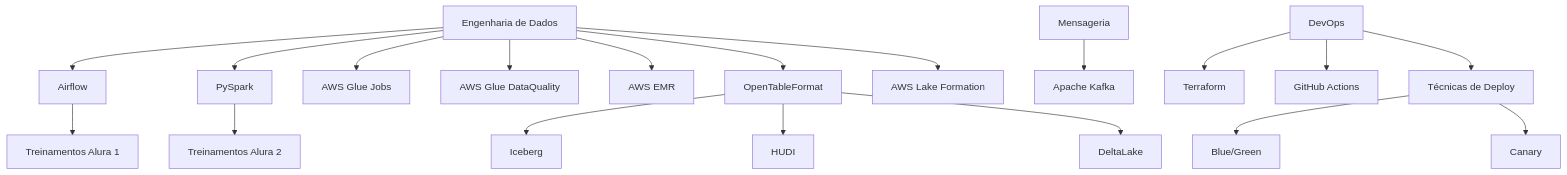
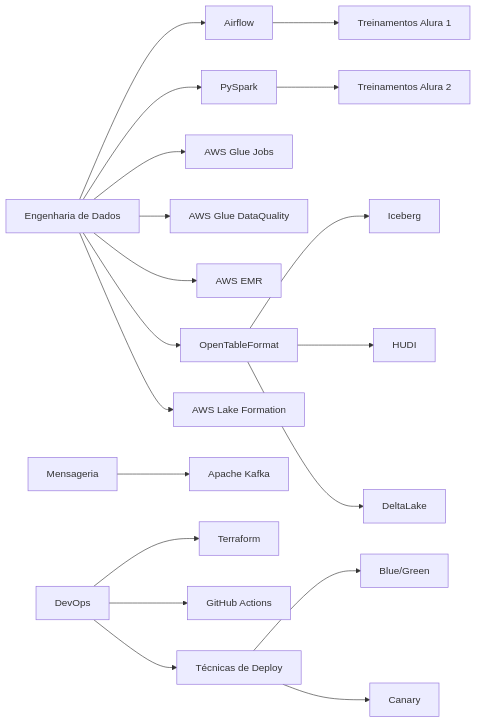
One commit to tnromero/pdi changed the diagram in README.md. Above: the diagram before and after it, drawn with Mermaid.

````diff
--- a/README.md
+++ b/README.md
@@ -1,30 +1,31 @@
-:::mermaid
-graph TD;
-    C[Engenharia de Dados]
-    C --> C0[Airflow]
-    C --> C1[PySpark]
-    C --> C2[AWS Glue Jobs]
-    C --> C22[AWS Glue DataQuality]
-    C --> C3[AWS EMR]
-    C --> C4[OpenTableFormat]
-    C --> C5[AWS Lake Formation]
+```mermaid
 
-    C4 --> C41[Iceberg]
-    C4 --> C42[HUDI]
-    C4 --> C43[DeltaLake]
+graph LR;
+    C[Engenharia de Dados];
+    C --> C0[Airflow];
+    C --> C1[PySpark];
+    C --> C2[AWS Glue Jobs];
+    C --> C22[AWS Glue DataQuality];
+    C --> C3[AWS EMR];
+    C --> C4[OpenTableFormat];
+    C --> C5[AWS Lake Formation];
 
-    D[Mensageria]
-    D --> D1[Apache Kafka]
+    C4 --> C41[Iceberg];
+    C4 --> C42[HUDI];
+    C4 --> C43[DeltaLake];
 
-    E[DevOps]
-    E --> E1[Terraform]
-    E --> E2[GitHub Actions]
-    E --> E3[Técnicas de Deploy]
+    D[Mensageria];
+    D --> D1[Apache Kafka];
 
-    E3 --> E31[Blue/Green]
-    E3 --> E32[Canary]
+    E[DevOps];
+    E --> E1[Terraform];
+    E --> E2[GitHub Actions];
+    E --> E3[Técnicas de Deploy];
+
+    E3 --> E31[Blue/Green];
+    E3 --> E32[Canary];
         
-    C0 --> C111[Treinamentos Alura 1]
-    C1 --> C112[Treinamentos Alura 2]
+    C0 --> C111[Treinamentos Alura 1];
+    C1 --> C112[Treinamentos Alura 2];
 
-:::
+```
````
